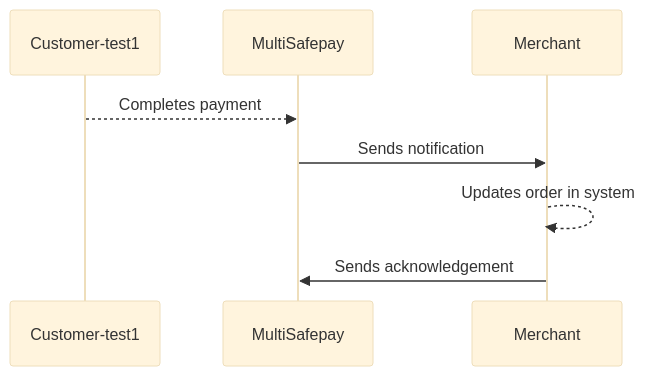
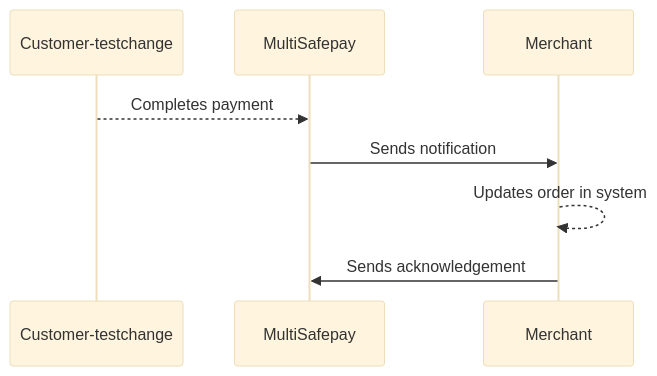
Before and after one commit to MultiSafepay/docs: the diagram in static/diagrams/src/webhook.mmd, drawn with Mermaid (base theme). The commit also changed 1 other file, not shown here.

Commit message:
DOCS-3313: GitHub Action to automate mermaid diagrams

```diff
--- a/static/diagrams/src/webhook.mmd
+++ b/static/diagrams/src/webhook.mmd
@@ -1,9 +1,9 @@
 sequenceDiagram
-    participant C as Customer-test1
+    participant C as Customer-testchange
     participant Mu as MultiSafepay
     participant Me as Merchant
 
     C-->>Mu: Completes payment
     Mu->>Me: Sends notification
     Me-->>Me: Updates order in system
     Me->>Mu: Sends acknowledgement
```
